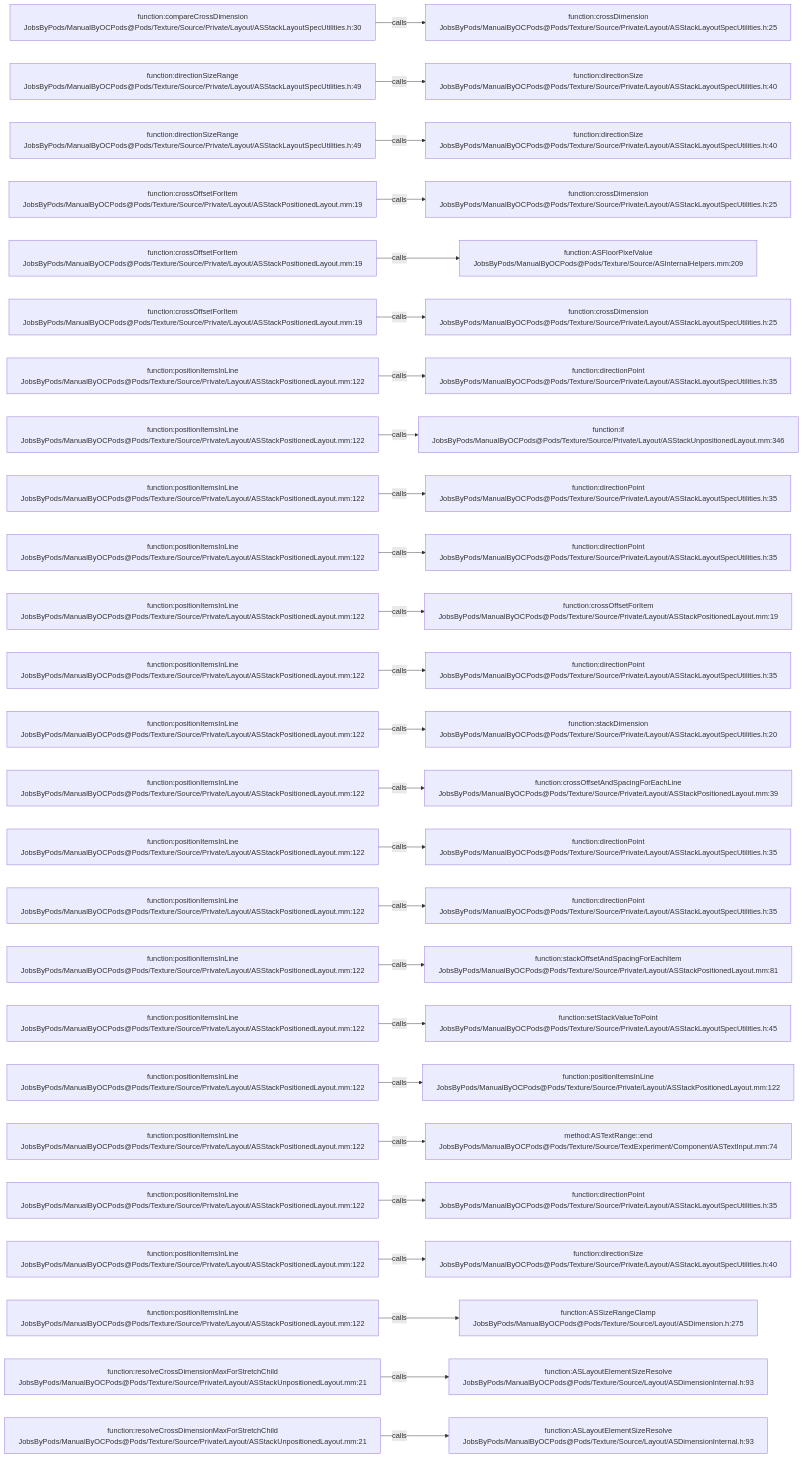
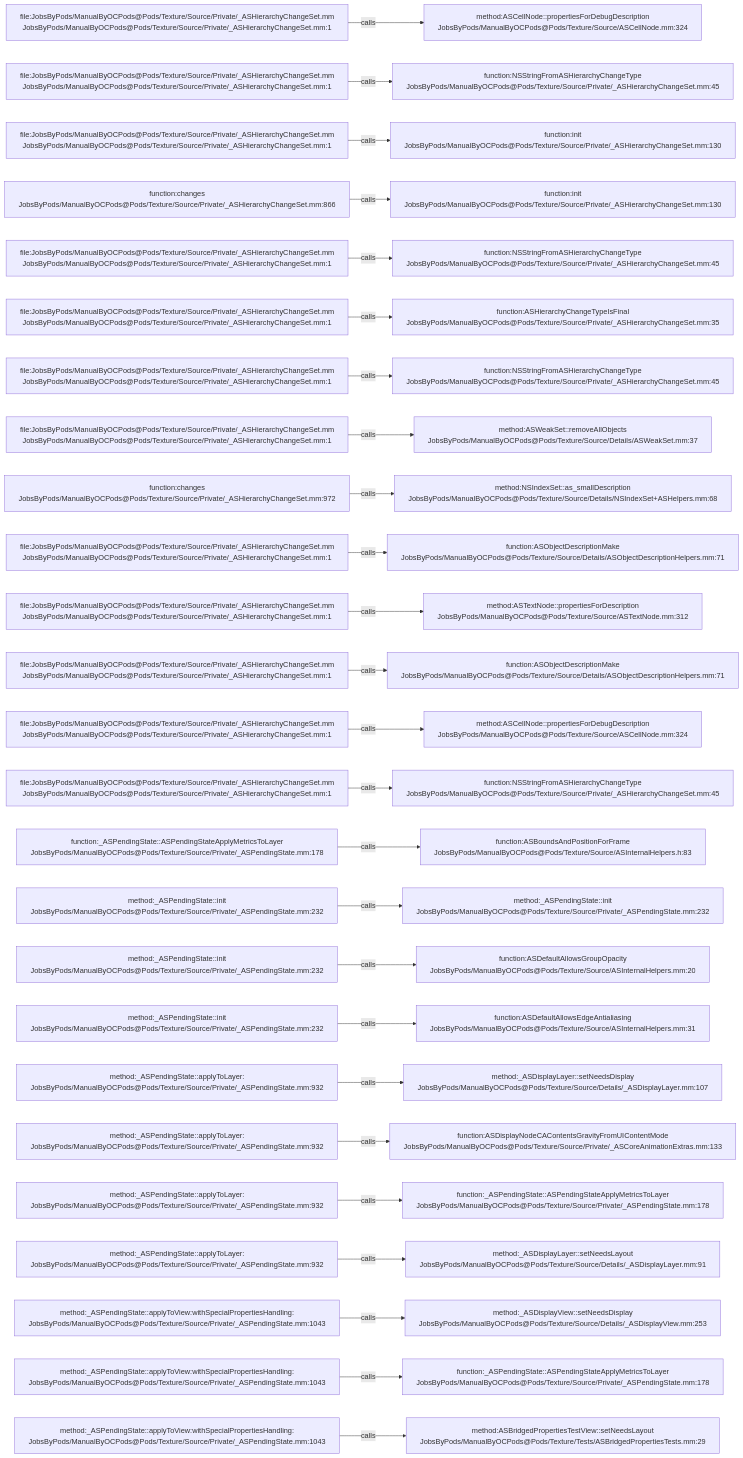
Before and after one commit to JobsKits/JobsOCBaseConfigDemo: the diagram in .codegraph/codegraph.md/graphs/calls-191.md, drawn with Mermaid. The commit also changed 1448 other files, not shown here.

````diff
--- a/.codegraph/codegraph.md/graphs/calls-191.md
+++ b/.codegraph/codegraph.md/graphs/calls-191.md
@@ -13,78 +13,78 @@
 ```mermaid
 flowchart LR
-  S1["function:compareCrossDimension<br/>JobsByPods/ManualByOCPods@Pods/Texture/Source/Private/Layout/ASStackLayoutSpecUtilities.h:30"]
-  T1["function:crossDimension<br/>JobsByPods/ManualByOCPods@Pods/Texture/Source/Private/Layout/ASStackLayoutSpecUtilities.h:25"]
+  S1["file:JobsByPods/ManualByOCPods@Pods/Texture/Source/Private/_ASHierarchyChangeSet.mm<br/>JobsByPods/ManualByOCPods@Pods/Texture/Source/Private/_ASHierarchyChangeSet.mm:1"]
+  T1["method:ASCellNode::propertiesForDebugDescription<br/>JobsByPods/ManualByOCPods@Pods/Texture/Source/ASCellNode.mm:324"]
   S1 -->|calls| T1
-  S2["function:directionSizeRange<br/>JobsByPods/ManualByOCPods@Pods/Texture/Source/Private/Layout/ASStackLayoutSpecUtilities.h:49"]
-  T2["function:directionSize<br/>JobsByPods/ManualByOCPods@Pods/Texture/Source/Private/Layout/ASStackLayoutSpecUtilities.h:40"]
+  S2["file:JobsByPods/ManualByOCPods@Pods/Texture/Source/Private/_ASHierarchyChangeSet.mm<br/>JobsByPods/ManualByOCPods@Pods/Texture/Source/Private/_ASHierarchyChangeSet.mm:1"]
+  T2["function:NSStringFromASHierarchyChangeType<br/>JobsByPods/ManualByOCPods@Pods/Texture/Source/Private/_ASHierarchyChangeSet.mm:45"]
   S2 -->|calls| T2
-  S3["function:directionSizeRange<br/>JobsByPods/ManualByOCPods@Pods/Texture/Source/Private/Layout/ASStackLayoutSpecUtilities.h:49"]
-  T3["function:directionSize<br/>JobsByPods/ManualByOCPods@Pods/Texture/Source/Private/Layout/ASStackLayoutSpecUtilities.h:40"]
+  S3["file:JobsByPods/ManualByOCPods@Pods/Texture/Source/Private/_ASHierarchyChangeSet.mm<br/>JobsByPods/ManualByOCPods@Pods/Texture/Source/Private/_ASHierarchyChangeSet.mm:1"]
+  T3["function:init<br/>JobsByPods/ManualByOCPods@Pods/Texture/Source/Private/_ASHierarchyChangeSet.mm:130"]
   S3 -->|calls| T3
-  S4["function:crossOffsetForItem<br/>JobsByPods/ManualByOCPods@Pods/Texture/Source/Private/Layout/ASStackPositionedLayout.mm:19"]
-  T4["function:crossDimension<br/>JobsByPods/ManualByOCPods@Pods/Texture/Source/Private/Layout/ASStackLayoutSpecUtilities.h:25"]
+  S4["function:changes<br/>JobsByPods/ManualByOCPods@Pods/Texture/Source/Private/_ASHierarchyChangeSet.mm:866"]
+  T4["function:init<br/>JobsByPods/ManualByOCPods@Pods/Texture/Source/Private/_ASHierarchyChangeSet.mm:130"]
   S4 -->|calls| T4
-  S5["function:crossOffsetForItem<br/>JobsByPods/ManualByOCPods@Pods/Texture/Source/Private/Layout/ASStackPositionedLayout.mm:19"]
-  T5["function:ASFloorPixelValue<br/>JobsByPods/ManualByOCPods@Pods/Texture/Source/ASInternalHelpers.mm:209"]
+  S5["file:JobsByPods/ManualByOCPods@Pods/Texture/Source/Private/_ASHierarchyChangeSet.mm<br/>JobsByPods/ManualByOCPods@Pods/Texture/Source/Private/_ASHierarchyChangeSet.mm:1"]
+  T5["function:NSStringFromASHierarchyChangeType<br/>JobsByPods/ManualByOCPods@Pods/Texture/Source/Private/_ASHierarchyChangeSet.mm:45"]
   S5 -->|calls| T5
-  S6["function:crossOffsetForItem<br/>JobsByPods/ManualByOCPods@Pods/Texture/Source/Private/Layout/ASStackPositionedLayout.mm:19"]
-  T6["function:crossDimension<br/>JobsByPods/ManualByOCPods@Pods/Texture/Source/Private/Layout/ASStackLayoutSpecUtilities.h:25"]
+  S6["file:JobsByPods/ManualByOCPods@Pods/Texture/Source/Private/_ASHierarchyChangeSet.mm<br/>JobsByPods/ManualByOCPods@Pods/Texture/Source/Private/_ASHierarchyChangeSet.mm:1"]
+  T6["function:ASHierarchyChangeTypeIsFinal<br/>JobsByPods/ManualByOCPods@Pods/Texture/Source/Private/_ASHierarchyChangeSet.mm:35"]
   S6 -->|calls| T6
-  S7["function:positionItemsInLine<br/>JobsByPods/ManualByOCPods@Pods/Texture/Source/Private/Layout/ASStackPositionedLayout.mm:122"]
-  T7["function:directionPoint<br/>JobsByPods/ManualByOCPods@Pods/Texture/Source/Private/Layout/ASStackLayoutSpecUtilities.h:35"]
+  S7["file:JobsByPods/ManualByOCPods@Pods/Texture/Source/Private/_ASHierarchyChangeSet.mm<br/>JobsByPods/ManualByOCPods@Pods/Texture/Source/Private/_ASHierarchyChangeSet.mm:1"]
+  T7["function:NSStringFromASHierarchyChangeType<br/>JobsByPods/ManualByOCPods@Pods/Texture/Source/Private/_ASHierarchyChangeSet.mm:45"]
   S7 -->|calls| T7
-  S8["function:positionItemsInLine<br/>JobsByPods/ManualByOCPods@Pods/Texture/Source/Private/Layout/ASStackPositionedLayout.mm:122"]
-  T8["function:if<br/>JobsByPods/ManualByOCPods@Pods/Texture/Source/Private/Layout/ASStackUnpositionedLayout.mm:346"]
+  S8["file:JobsByPods/ManualByOCPods@Pods/Texture/Source/Private/_ASHierarchyChangeSet.mm<br/>JobsByPods/ManualByOCPods@Pods/Texture/Source/Private/_ASHierarchyChangeSet.mm:1"]
+  T8["method:ASWeakSet::removeAllObjects<br/>JobsByPods/ManualByOCPods@Pods/Texture/Source/Details/ASWeakSet.mm:37"]
   S8 -->|calls| T8
-  S9["function:positionItemsInLine<br/>JobsByPods/ManualByOCPods@Pods/Texture/Source/Private/Layout/ASStackPositionedLayout.mm:122"]
-  T9["function:directionPoint<br/>JobsByPods/ManualByOCPods@Pods/Texture/Source/Private/Layout/ASStackLayoutSpecUtilities.h:35"]
+  S9["function:changes<br/>JobsByPods/ManualByOCPods@Pods/Texture/Source/Private/_ASHierarchyChangeSet.mm:972"]
+  T9["method:NSIndexSet::as_smallDescription<br/>JobsByPods/ManualByOCPods@Pods/Texture/Source/Details/NSIndexSet+ASHelpers.mm:68"]
   S9 -->|calls| T9
-  S10["function:positionItemsInLine<br/>JobsByPods/ManualByOCPods@Pods/Texture/Source/Private/Layout/ASStackPositionedLayout.mm:122"]
-  T10["function:directionPoint<br/>JobsByPods/ManualByOCPods@Pods/Texture/Source/Private/Layout/ASStackLayoutSpecUtilities.h:35"]
+  S10["file:JobsByPods/ManualByOCPods@Pods/Texture/Source/Private/_ASHierarchyChangeSet.mm<br/>JobsByPods/ManualByOCPods@Pods/Texture/Source/Private/_ASHierarchyChangeSet.mm:1"]
+  T10["function:ASObjectDescriptionMake<br/>JobsByPods/ManualByOCPods@Pods/Texture/Source/Details/ASObjectDescriptionHelpers.mm:71"]
   S10 -->|calls| T10
-  S11["function:positionItemsInLine<br/>JobsByPods/ManualByOCPods@Pods/Texture/Source/Private/Layout/ASStackPositionedLayout.mm:122"]
-  T11["function:crossOffsetForItem<br/>JobsByPods/ManualByOCPods@Pods/Texture/Source/Private/Layout/ASStackPositionedLayout.mm:19"]
+  S11["file:JobsByPods/ManualByOCPods@Pods/Texture/Source/Private/_ASHierarchyChangeSet.mm<br/>JobsByPods/ManualByOCPods@Pods/Texture/Source/Private/_ASHierarchyChangeSet.mm:1"]
+  T11["method:ASTextNode::propertiesForDescription<br/>JobsByPods/ManualByOCPods@Pods/Texture/Source/ASTextNode.mm:312"]
   S11 -->|calls| T11
-  S12["function:positionItemsInLine<br/>JobsByPods/ManualByOCPods@Pods/Texture/Source/Private/Layout/ASStackPositionedLayout.mm:122"]
-  T12["function:directionPoint<br/>JobsByPods/ManualByOCPods@Pods/Texture/Source/Private/Layout/ASStackLayoutSpecUtilities.h:35"]
+  S12["file:JobsByPods/ManualByOCPods@Pods/Texture/Source/Private/_ASHierarchyChangeSet.mm<br/>JobsByPods/ManualByOCPods@Pods/Texture/Source/Private/_ASHierarchyChangeSet.mm:1"]
+  T12["function:ASObjectDescriptionMake<br/>JobsByPods/ManualByOCPods@Pods/Texture/Source/Details/ASObjectDescriptionHelpers.mm:71"]
   S12 -->|calls| T12
-  S13["function:positionItemsInLine<br/>JobsByPods/ManualByOCPods@Pods/Texture/Source/Private/Layout/ASStackPositionedLayout.mm:122"]
-  T13["function:stackDimension<br/>JobsByPods/ManualByOCPods@Pods/Texture/Source/Private/Layout/ASStackLayoutSpecUtilities.h:20"]
+  S13["file:JobsByPods/ManualByOCPods@Pods/Texture/Source/Private/_ASHierarchyChangeSet.mm<br/>JobsByPods/ManualByOCPods@Pods/Texture/Source/Private/_ASHierarchyChangeSet.mm:1"]
+  T13["method:ASCellNode::propertiesForDebugDescription<br/>JobsByPods/ManualByOCPods@Pods/Texture/Source/ASCellNode.mm:324"]
   S13 -->|calls| T13
-  S14["function:positionItemsInLine<br/>JobsByPods/ManualByOCPods@Pods/Texture/Source/Private/Layout/ASStackPositionedLayout.mm:122"]
-  T14["function:crossOffsetAndSpacingForEachLine<br/>JobsByPods/ManualByOCPods@Pods/Texture/Source/Private/Layout/ASStackPositionedLayout.mm:39"]
+  S14["file:JobsByPods/ManualByOCPods@Pods/Texture/Source/Private/_ASHierarchyChangeSet.mm<br/>JobsByPods/ManualByOCPods@Pods/Texture/Source/Private/_ASHierarchyChangeSet.mm:1"]
+  T14["function:NSStringFromASHierarchyChangeType<br/>JobsByPods/ManualByOCPods@Pods/Texture/Source/Private/_ASHierarchyChangeSet.mm:45"]
   S14 -->|calls| T14
-  S15["function:positionItemsInLine<br/>JobsByPods/ManualByOCPods@Pods/Texture/Source/Private/Layout/ASStackPositionedLayout.mm:122"]
-  T15["function:directionPoint<br/>JobsByPods/ManualByOCPods@Pods/Texture/Source/Private/Layout/ASStackLayoutSpecUtilities.h:35"]
+  S15["function:_ASPendingState::ASPendingStateApplyMetricsToLayer<br/>JobsByPods/ManualByOCPods@Pods/Texture/Source/Private/_ASPendingState.mm:178"]
+  T15["function:ASBoundsAndPositionForFrame<br/>JobsByPods/ManualByOCPods@Pods/Texture/Source/ASInternalHelpers.h:83"]
   S15 -->|calls| T15
-  S16["function:positionItemsInLine<br/>JobsByPods/ManualByOCPods@Pods/Texture/Source/Private/Layout/ASStackPositionedLayout.mm:122"]
-  T16["function:directionPoint<br/>JobsByPods/ManualByOCPods@Pods/Texture/Source/Private/Layout/ASStackLayoutSpecUtilities.h:35"]
+  S16["method:_ASPendingState::init<br/>JobsByPods/ManualByOCPods@Pods/Texture/Source/Private/_ASPendingState.mm:232"]
+  T16["method:_ASPendingState::init<br/>JobsByPods/ManualByOCPods@Pods/Texture/Source/Private/_ASPendingState.mm:232"]
   S16 -->|calls| T16
-  S17["function:positionItemsInLine<br/>JobsByPods/ManualByOCPods@Pods/Texture/Source/Private/Layout/ASStackPositionedLayout.mm:122"]
-  T17["function:stackOffsetAndSpacingForEachItem<br/>JobsByPods/ManualByOCPods@Pods/Texture/Source/Private/Layout/ASStackPositionedLayout.mm:81"]
+  S17["method:_ASPendingState::init<br/>JobsByPods/ManualByOCPods@Pods/Texture/Source/Private/_ASPendingState.mm:232"]
+  T17["function:ASDefaultAllowsGroupOpacity<br/>JobsByPods/ManualByOCPods@Pods/Texture/Source/ASInternalHelpers.mm:20"]
   S17 -->|calls| T17
-  S18["function:positionItemsInLine<br/>JobsByPods/ManualByOCPods@Pods/Texture/Source/Private/Layout/ASStackPositionedLayout.mm:122"]
-  T18["function:setStackValueToPoint<br/>JobsByPods/ManualByOCPods@Pods/Texture/Source/Private/Layout/ASStackLayoutSpecUtilities.h:45"]
+  S18["method:_ASPendingState::init<br/>JobsByPods/ManualByOCPods@Pods/Texture/Source/Private/_ASPendingState.mm:232"]
+  T18["function:ASDefaultAllowsEdgeAntialiasing<br/>JobsByPods/ManualByOCPods@Pods/Texture/Source/ASInternalHelpers.mm:31"]
   S18 -->|calls| T18
-  S19["function:positionItemsInLine<br/>JobsByPods/ManualByOCPods@Pods/Texture/Source/Private/Layout/ASStackPositionedLayout.mm:122"]
-  T19["function:positionItemsInLine<br/>JobsByPods/ManualByOCPods@Pods/Texture/Source/Private/Layout/ASStackPositionedLayout.mm:122"]
+  S19["method:_ASPendingState::applyToLayer:<br/>JobsByPods/ManualByOCPods@Pods/Texture/Source/Private/_ASPendingState.mm:932"]
+  T19["method:_ASDisplayLayer::setNeedsDisplay<br/>JobsByPods/ManualByOCPods@Pods/Texture/Source/Details/_ASDisplayLayer.mm:107"]
   S19 -->|calls| T19
-  S20["function:positionItemsInLine<br/>JobsByPods/ManualByOCPods@Pods/Texture/Source/Private/Layout/ASStackPositionedLayout.mm:122"]
-  T20["method:ASTextRange::end<br/>JobsByPods/ManualByOCPods@Pods/Texture/Source/TextExperiment/Component/ASTextInput.mm:74"]
+  S20["method:_ASPendingState::applyToLayer:<br/>JobsByPods/ManualByOCPods@Pods/Texture/Source/Private/_ASPendingState.mm:932"]
+  T20["function:ASDisplayNodeCAContentsGravityFromUIContentMode<br/>JobsByPods/ManualByOCPods@Pods/Texture/Source/Private/_ASCoreAnimationExtras.mm:133"]
   S20 -->|calls| T20
-  S21["function:positionItemsInLine<br/>JobsByPods/ManualByOCPods@Pods/Texture/Source/Private/Layout/ASStackPositionedLayout.mm:122"]
-  T21["function:directionPoint<br/>JobsByPods/ManualByOCPods@Pods/Texture/Source/Private/Layout/ASStackLayoutSpecUtilities.h:35"]
+  S21["method:_ASPendingState::applyToLayer:<br/>JobsByPods/ManualByOCPods@Pods/Texture/Source/Private/_ASPendingState.mm:932"]
+  T21["function:_ASPendingState::ASPendingStateApplyMetricsToLayer<br/>JobsByPods/ManualByOCPods@Pods/Texture/Source/Private/_ASPendingState.mm:178"]
   S21 -->|calls| T21
-  S22["function:positionItemsInLine<br/>JobsByPods/ManualByOCPods@Pods/Texture/Source/Private/Layout/ASStackPositionedLayout.mm:122"]
-  T22["function:directionSize<br/>JobsByPods/ManualByOCPods@Pods/Texture/Source/Private/Layout/ASStackLayoutSpecUtilities.h:40"]
+  S22["method:_ASPendingState::applyToLayer:<br/>JobsByPods/ManualByOCPods@Pods/Texture/Source/Private/_ASPendingState.mm:932"]
+  T22["method:_ASDisplayLayer::setNeedsLayout<br/>JobsByPods/ManualByOCPods@Pods/Texture/Source/Details/_ASDisplayLayer.mm:91"]
   S22 -->|calls| T22
-  S23["function:positionItemsInLine<br/>JobsByPods/ManualByOCPods@Pods/Texture/Source/Private/Layout/ASStackPositionedLayout.mm:122"]
-  T23["function:ASSizeRangeClamp<br/>JobsByPods/ManualByOCPods@Pods/Texture/Source/Layout/ASDimension.h:275"]
+  S23["method:_ASPendingState::applyToView:withSpecialPropertiesHandling:<br/>JobsByPods/ManualByOCPods@Pods/Texture/Source/Private/_ASPendingState.mm:1043"]
+  T23["method:_ASDisplayView::setNeedsDisplay<br/>JobsByPods/ManualByOCPods@Pods/Texture/Source/Details/_ASDisplayView.mm:253"]
   S23 -->|calls| T23
-  S24["function:resolveCrossDimensionMaxForStretchChild<br/>JobsByPods/ManualByOCPods@Pods/Texture/Source/Private/Layout/ASStackUnpositionedLayout.mm:21"]
-  T24["function:ASLayoutElementSizeResolve<br/>JobsByPods/ManualByOCPods@Pods/Texture/Source/Layout/ASDimensionInternal.h:93"]
+  S24["method:_ASPendingState::applyToView:withSpecialPropertiesHandling:<br/>JobsByPods/ManualByOCPods@Pods/Texture/Source/Private/_ASPendingState.mm:1043"]
+  T24["function:_ASPendingState::ASPendingStateApplyMetricsToLayer<br/>JobsByPods/ManualByOCPods@Pods/Texture/Source/Private/_ASPendingState.mm:178"]
   S24 -->|calls| T24
-  S25["function:resolveCrossDimensionMaxForStretchChild<br/>JobsByPods/ManualByOCPods@Pods/Texture/Source/Private/Layout/ASStackUnpositionedLayout.mm:21"]
-  T25["function:ASLayoutElementSizeResolve<br/>JobsByPods/ManualByOCPods@Pods/Texture/Source/Layout/ASDimensionInternal.h:93"]
+  S25["method:_ASPendingState::applyToView:withSpecialPropertiesHandling:<br/>JobsByPods/ManualByOCPods@Pods/Texture/Source/Private/_ASPendingState.mm:1043"]
+  T25["method:ASBridgedPropertiesTestView::setNeedsLayout<br/>JobsByPods/ManualByOCPods@Pods/Texture/Tests/ASBridgedPropertiesTests.mm:29"]
   S25 -->|calls| T25
 ```
````
